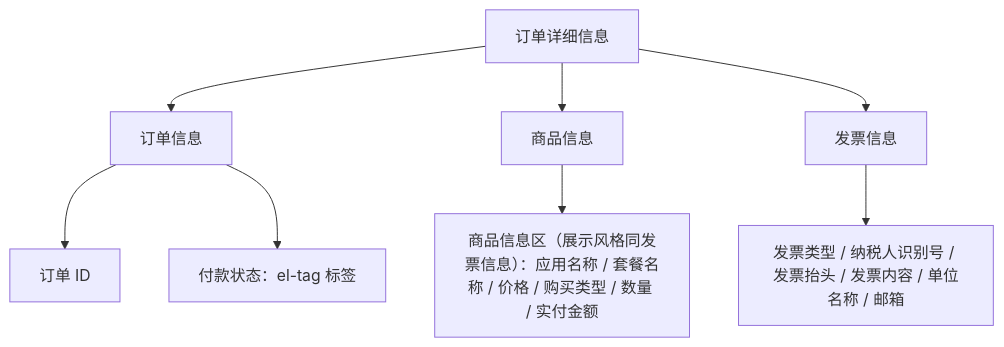
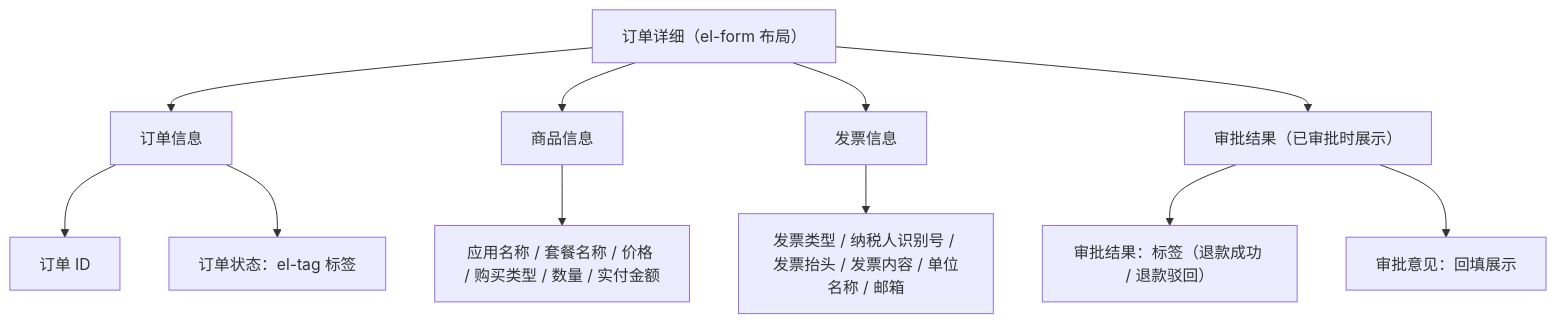
One commit to sunmei119/restore changed the fourth of 4 diagrams in output/prd/prd.md. Above: the diagram before and after it, drawn with Mermaid. The commit also changed other lines of this file and 2 other files, not shown here.

````diff
--- a/output/prd/prd.md
+++ b/output/prd/prd.md
@@ -903,10 +939,13 @@
 ```mermaid
 flowchart TD
-    A["订单详细信息"] --> B["订单信息"]
+    A["订单详细（el-form 布局）"] --> B["订单信息"]
     A --> C["商品信息"]
     A --> D["发票信息"]
+    A --> E["审批结果（已审批时展示）"]
     B --> B1["订单 ID"]
-    B --> B2["付款状态：el-tag 标签"]
-    C --> C1["商品信息区（展示风格同发票信息）：应用名称 / 套餐名称 / 价格 / 购买类型 / 数量 / 实付金额"]
+    B --> B2["订单状态：el-tag 标签"]
+    C --> C1["应用名称 / 套餐名称 / 价格 / 购买类型 / 数量 / 实付金额"]
     D --> D1["发票类型 / 纳税人识别号 / 发票抬头 / 发票内容 / 单位名称 / 邮箱"]
+    E --> E1["审批结果：标签（退款成功 / 退款驳回）"]
+    E --> E2["审批意见：回填展示"]
 ```
````
